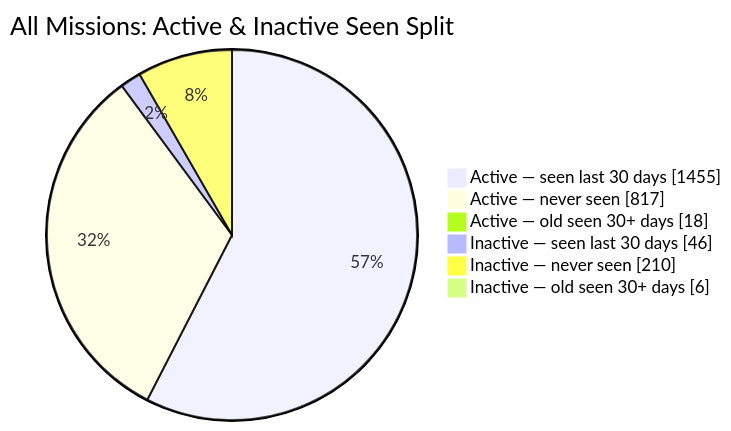
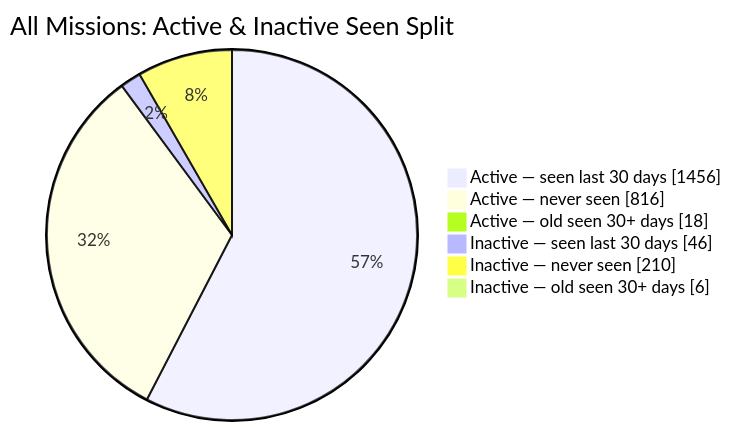
One commit to MeldkamerspelGameTeam/active-missions changed the second of 2 diagrams in README.md. Above: the diagram before and after it, drawn with Mermaid. The commit also changed other lines of this file and 3 other files, not shown here.

````diff
--- a/README.md
+++ b/README.md
@@ -44,10 +44,10 @@
 ```mermaid
 pie showData
     title All Missions: Active & Inactive Seen Split
-    "Active — seen last 30 days" : 1455
-    "Active — never seen" : 817
+    "Active — seen last 30 days" : 1456
+    "Active — never seen" : 816
     "Active — old seen 30+ days" : 18
     "Inactive — seen last 30 days" : 46
     "Inactive — never seen" : 210
     "Inactive — old seen 30+ days" : 6
 ```
````
